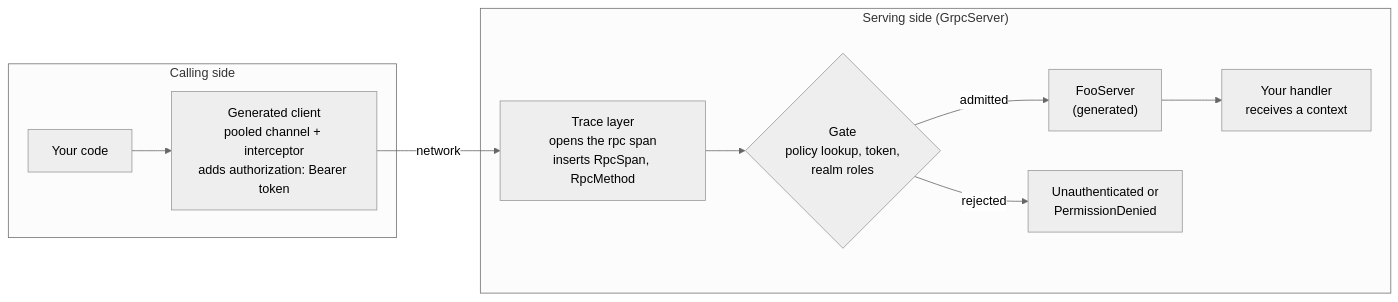
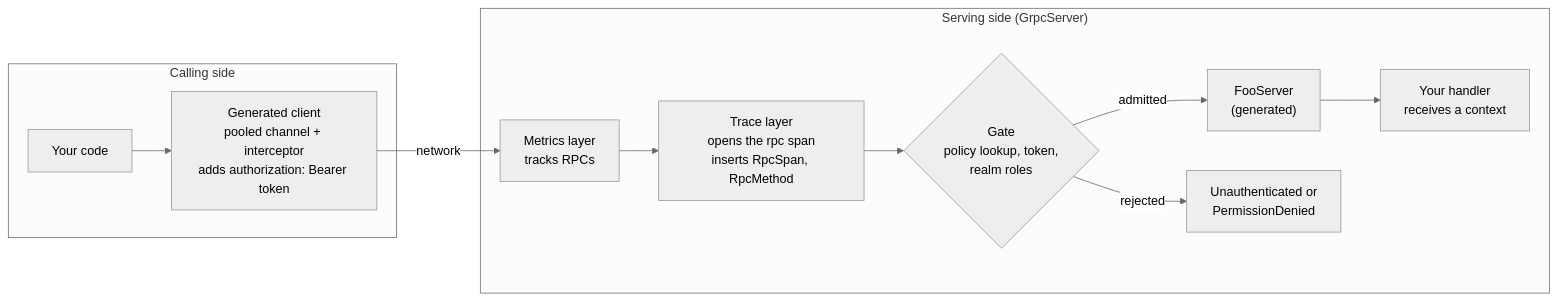
One commit to fermi-ad/rust-grpc-lib changed the diagram in docs/concepts.md. Above: the diagram before and after it, drawn with Mermaid (neutral theme). The commit also changed other lines of this file and 9 other files, not shown here.

````diff
--- a/docs/concepts.md
+++ b/docs/concepts.md
@@ -11,12 +11,13 @@
 ```mermaid
 flowchart LR
     subgraph caller["Calling side"]
         code["Your code"] --> client["Generated client<br/>pooled channel + interceptor<br/>adds authorization: Bearer token"]
     end
     subgraph server["Serving side (GrpcServer)"]
-        trace["Trace layer<br/>opens the rpc span<br/>inserts RpcSpan, RpcMethod"] --> gate{"Gate<br/>policy lookup, token,<br/>realm roles"}
+        metrics["Metrics layer<br/>tracks RPCs"] --> trace["Trace layer<br/>opens the rpc span<br/>inserts RpcSpan, RpcMethod"]
+        trace --> gate{"Gate<br/>policy lookup, token,<br/>realm roles"}
         gate -- admitted --> foo["FooServer<br/>(generated)"] --> handler["Your handler<br/>receives a context"]
         gate -- rejected --> status["Unauthenticated or<br/>PermissionDenied"]
     end
-    client -- network --> trace
+    client -- network --> metrics
 ```
````
